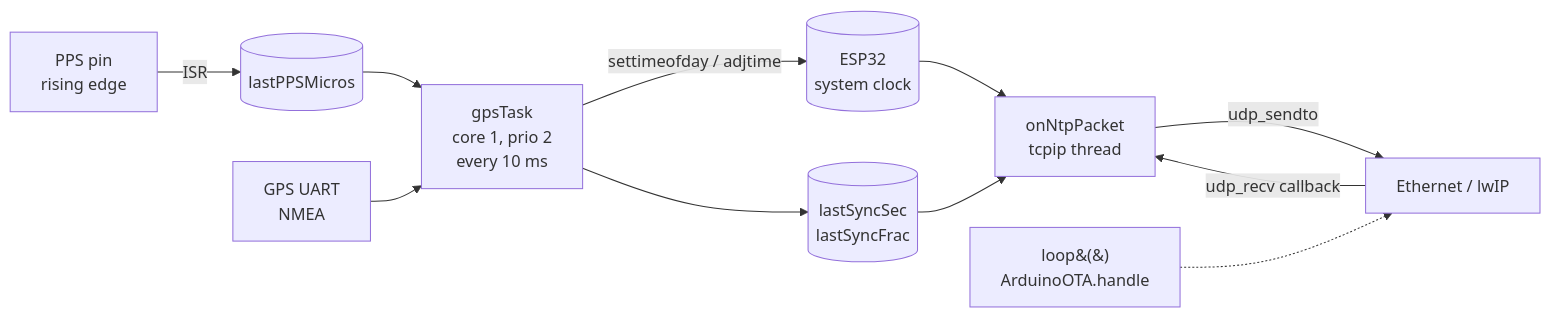
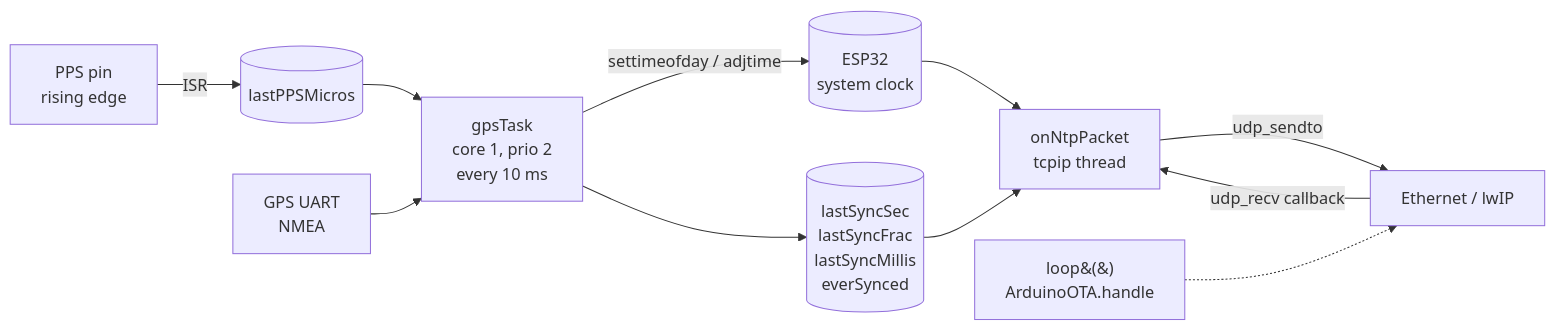
The diagram in docs/PPS_Newapproach_V4-design.md (SensorsIot/NTP-Server-with-GPS), drawn with Mermaid before and after one commit. The commit also changed other lines of this file and 2 other files, not shown here.

````diff
--- a/docs/PPS_Newapproach_V4-design.md
+++ b/docs/PPS_Newapproach_V4-design.md
@@ -40,13 +41,13 @@
 ```mermaid
 flowchart LR
     PPS[PPS pin<br/>rising edge] -->|ISR| LP[(lastPPSMicros)]
     UART[GPS UART<br/>NMEA] --> GT
     LP --> GT[gpsTask<br/>core 1, prio 2<br/>every 10 ms]
     GT -->|settimeofday / adjtime| CLK[(ESP32<br/>system clock)]
-    GT --> REF[(lastSyncSec<br/>lastSyncFrac)]
+    GT --> REF[(lastSyncSec<br/>lastSyncFrac<br/>lastSyncMillis<br/>everSynced)]
     NET[Ethernet / lwIP] -->|udp_recv callback| CB[onNtpPacket<br/>tcpip thread]
     CLK --> CB
     REF --> CB
     CB -->|udp_sendto| NET
     LOOP[loop&#40;&#41;<br/>ArduinoOTA.handle] -.-> NET
 ```
````
